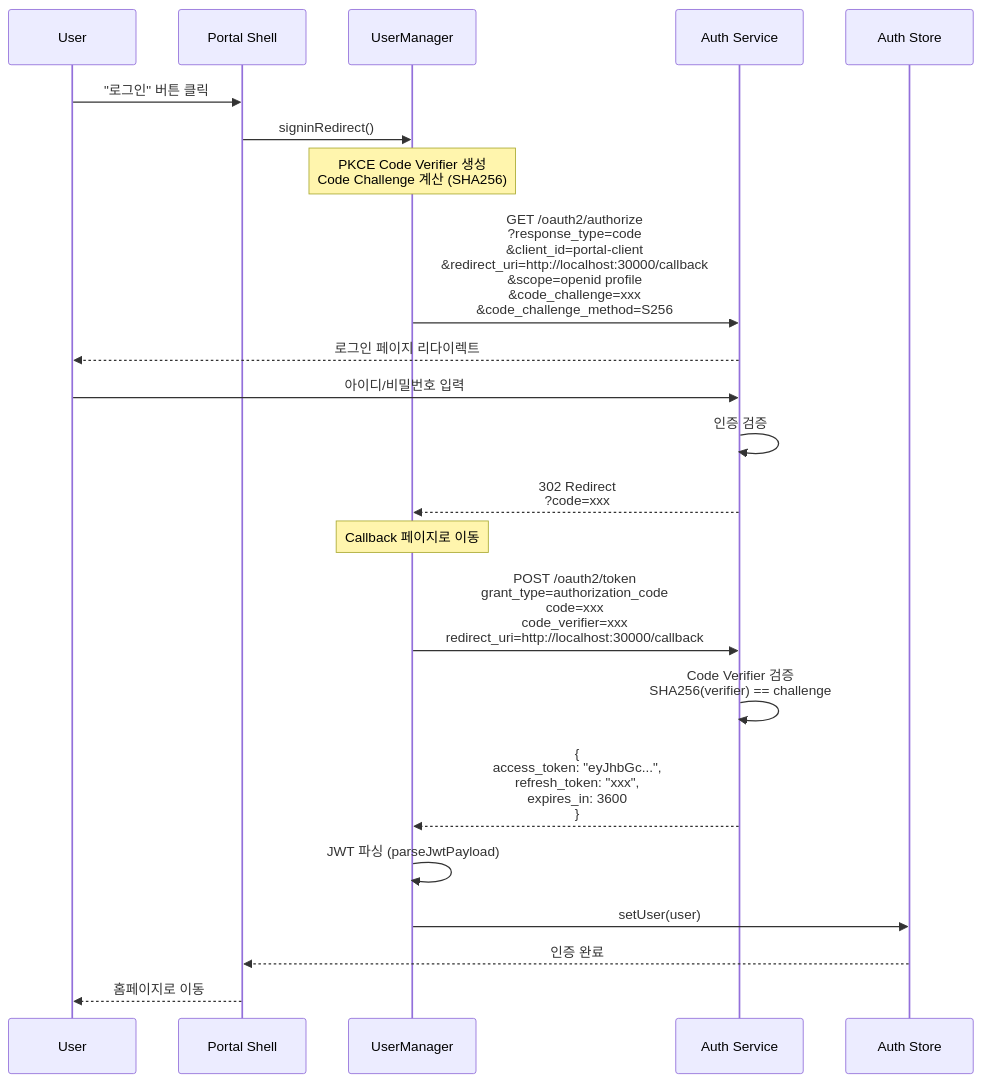
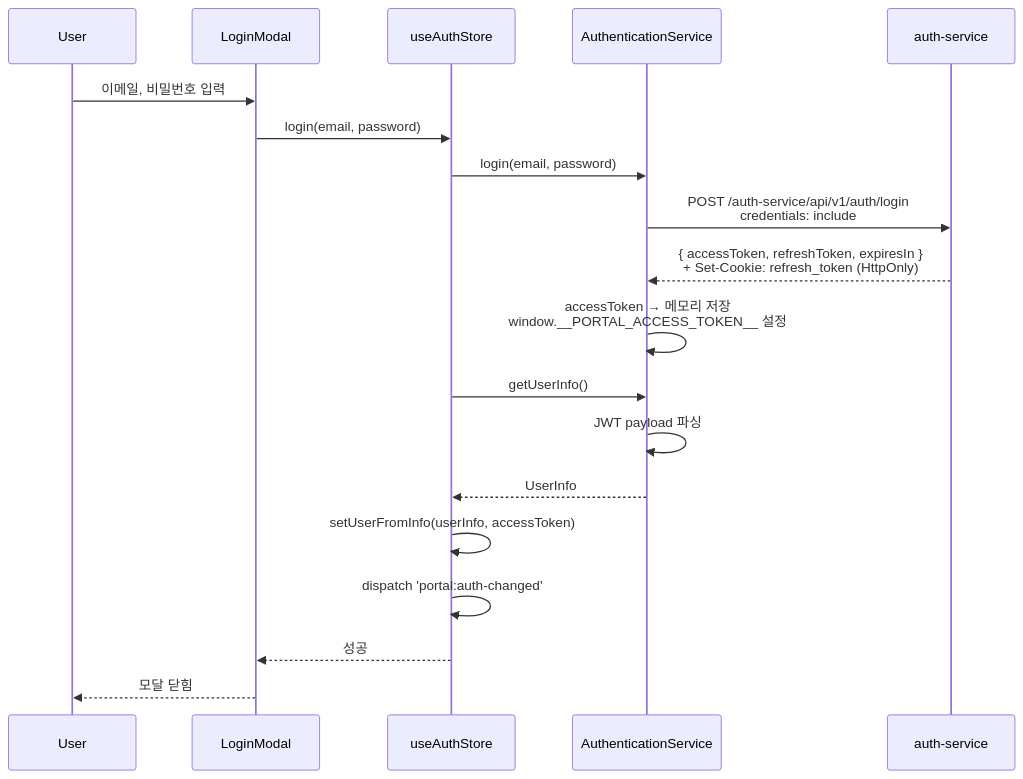
The second of 3 diagrams in docs/architecture/portal-shell/authentication.md (L-a-z-e/portal-universe), drawn with Mermaid before and after one commit. The commit also changed other lines of this file and 5 other files, not shown here.

First line of the commit message:
docs(architecture): rewrite portal-shell docs to match actual codebase

````diff
--- a/docs/architecture/portal-shell/authentication.md
+++ b/docs/architecture/portal-shell/authentication.md
@@ -88,34 +145,22 @@
 ```mermaid
 sequenceDiagram
     participant User
-    participant PS as Portal Shell
-    participant UM as UserManager
-    participant AS as Auth Service
-    participant Store as Auth Store
+    participant LM as LoginModal
+    participant Store as useAuthStore
+    participant AS as AuthenticationService
+    participant Backend as auth-service
 
-    User->>PS: "로그인" 버튼 클릭
-    PS->>UM: signinRedirect()
-
-    Note over UM: PKCE Code Verifier 생성<br/>Code Challenge 계산 (SHA256)
-
-    UM->>AS: GET /oauth2/authorize<br/>?response_type=code<br/>&client_id=portal-client<br/>&redirect_uri=http://localhost:30000/callback<br/>&scope=openid profile<br/>&code_challenge=xxx<br/>&code_challenge_method=S256
-
-    AS-->>User: 로그인 페이지 리다이렉트
-    User->>AS: 아이디/비밀번호 입력
-    AS->>AS: 인증 검증
-
-    AS-->>UM: 302 Redirect<br/>?code=xxx
-
-    Note over UM: Callback 페이지로 이동
-
-    UM->>AS: POST /oauth2/token<br/>grant_type=authorization_code<br/>code=xxx<br/>code_verifier=xxx<br/>redirect_uri=http://localhost:30000/callback
-
-    AS->>AS: Code Verifier 검증<br/>SHA256(verifier) == challenge
-
-    AS-->>UM: {<br/>  access_token: "eyJhbGc...",<br/>  refresh_token: "xxx",<br/>  expires_in: 3600<br/>}
-
-    UM->>UM: JWT 파싱 (parseJwtPayload)
-    UM->>Store: setUser(user)
-    Store-->>PS: 인증 완료
-    PS-->>User: 홈페이지로 이동
+    User->>LM: 이메일, 비밀번호 입력
+    LM->>Store: login(email, password)
+    Store->>AS: login(email, password)
+    AS->>Backend: POST /auth-service/api/v1/auth/login<br/>credentials: include
+    Backend-->>AS: { accessToken, refreshToken, expiresIn }<br/>+ Set-Cookie: refresh_token (HttpOnly)
+    AS->>AS: accessToken → 메모리 저장<br/>window.__PORTAL_ACCESS_TOKEN__ 설정
+    Store->>AS: getUserInfo()
+    AS->>AS: JWT payload 파싱
+    AS-->>Store: UserInfo
+    Store->>Store: setUserFromInfo(userInfo, accessToken)
+    Store->>Store: dispatch 'portal:auth-changed'
+    Store-->>LM: 성공
+    LM-->>User: 모달 닫힘
 ```
````
